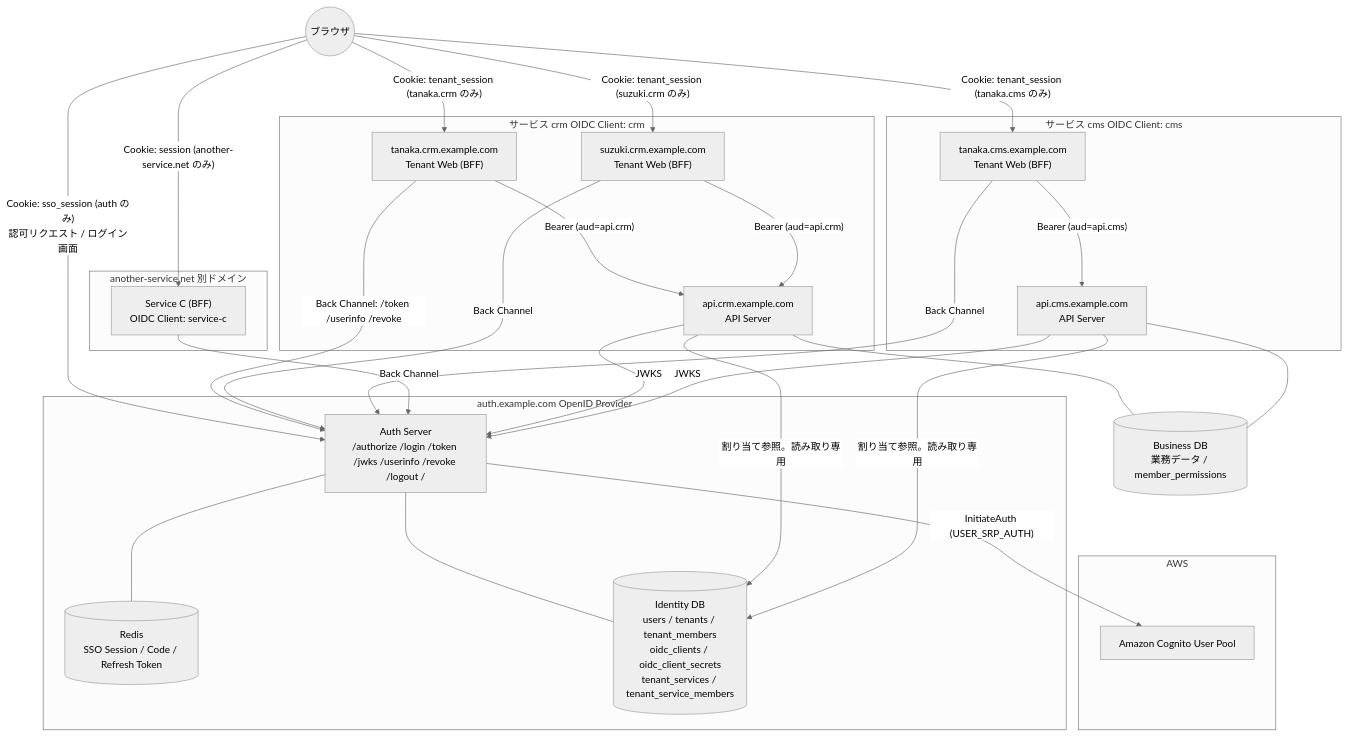
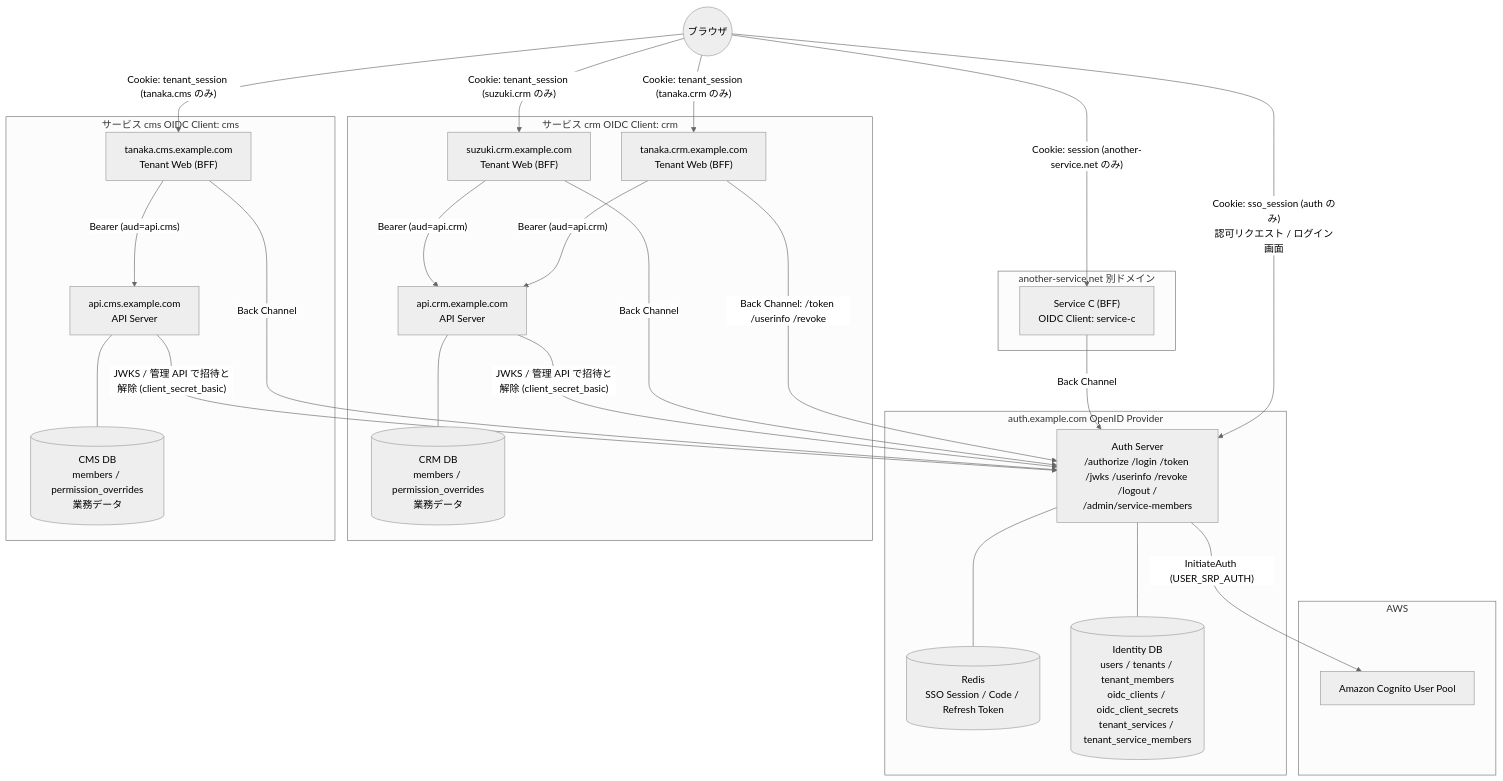
The first of 11 diagrams in docs/integration-guide.md (daisuke-tanabe/multi-domain-sandbox), drawn with Mermaid (neutral theme) before and after one commit. The commit also changed other lines of this file and 97 other files, not shown here.

````diff
--- a/docs/integration-guide.md
+++ b/docs/integration-guide.md
@@ -75,50 +77,49 @@
 ```mermaid
 flowchart TB
     User((ブラウザ))
 
     subgraph AWS
         Cognito["Amazon Cognito User Pool"]
     end
 
     subgraph AuthLayer ["auth.example.com  OpenID Provider"]
-        Auth["Auth Server<br/>/authorize /login /token /jwks /userinfo /revoke /logout /"]
+        Auth["Auth Server<br/>/authorize /login /token /jwks /userinfo /revoke /logout /<br/>/admin/service-members"]
         SsoStore[("Redis<br/>SSO Session / Code / Refresh Token")]
         IdDB[("Identity DB<br/>users / tenants / tenant_members<br/>oidc_clients / oidc_client_secrets<br/>tenant_services / tenant_service_members")]
         Auth --- SsoStore
         Auth --- IdDB
     end
 
     subgraph CRM ["サービス crm  OIDC Client: crm"]
         WebCrmA["tanaka.crm.example.com<br/>Tenant Web (BFF)"]
         WebCrmB["suzuki.crm.example.com<br/>Tenant Web (BFF)"]
         ApiCrm["api.crm.example.com<br/>API Server"]
+        CrmDB[("CRM DB<br/>members / permission_overrides<br/>業務データ")]
     end
     subgraph CMS ["サービス cms  OIDC Client: cms"]
         WebCmsA["tanaka.cms.example.com<br/>Tenant Web (BFF)"]
         ApiCms["api.cms.example.com<br/>API Server"]
+        CmsDB[("CMS DB<br/>members / permission_overrides<br/>業務データ")]
     end
     subgraph Other ["another-service.net  別ドメイン"]
         WebC["Service C (BFF)<br/>OIDC Client: service-c"]
     end
-    BizDB[("Business DB<br/>業務データ / member_permissions")]
 
     User -- "Cookie: tenant_session (tanaka.crm のみ)" --> WebCrmA
     User -- "Cookie: tenant_session (suzuki.crm のみ)" --> WebCrmB
     User -- "Cookie: tenant_session (tanaka.cms のみ)" --> WebCmsA
     User -- "Cookie: session (another-service.net のみ)" --> WebC
     User -- "Cookie: sso_session (auth のみ)<br/>認可リクエスト / ログイン画面" --> Auth
     Auth -- "InitiateAuth (USER_SRP_AUTH)" --> Cognito
     WebCrmA -- "Back Channel: /token /userinfo /revoke" --> Auth
     WebCrmB -- "Back Channel" --> Auth
     WebCmsA -- "Back Channel" --> Auth
     WebC -- "Back Channel" --> Auth
     WebCrmA -- "Bearer (aud=api.crm)" --> ApiCrm
     WebCrmB -- "Bearer (aud=api.crm)" --> ApiCrm
     WebCmsA -- "Bearer (aud=api.cms)" --> ApiCms
-    ApiCrm --- BizDB
-    ApiCms --- BizDB
-    ApiCrm -- "割り当て参照。読み取り専用" --> IdDB
-    ApiCms -- "割り当て参照。読み取り専用" --> IdDB
-    ApiCrm -- "JWKS" --> Auth
-    ApiCms -- "JWKS" --> Auth
+    ApiCrm --- CrmDB
+    ApiCms --- CmsDB
+    ApiCrm -- "JWKS / 管理 API で招待と解除 (client_secret_basic)" --> Auth
+    ApiCms -- "JWKS / 管理 API で招待と解除 (client_secret_basic)" --> Auth
 ```
````
